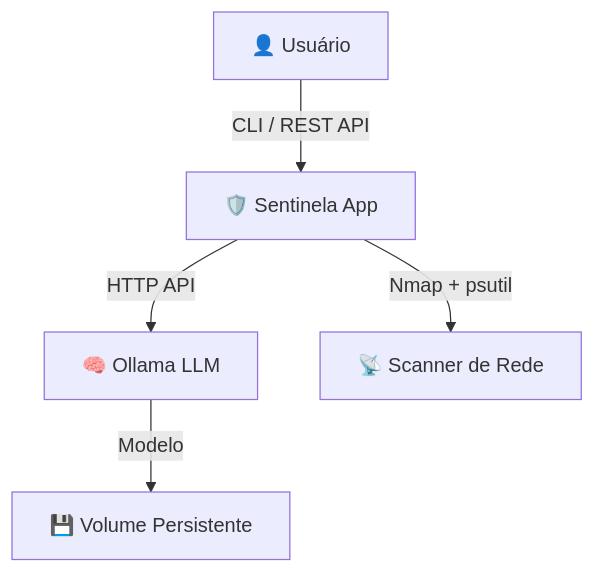
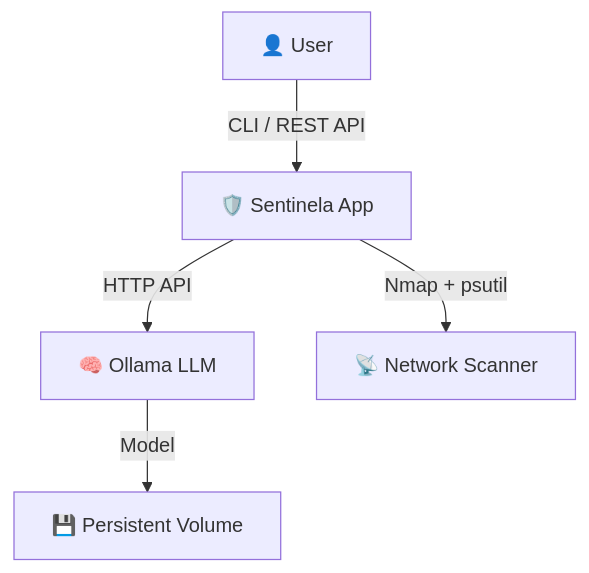
One commit to MiguelFAraujo/Sentinela changed the diagram in README.md. Above: the diagram before and after it, drawn with Mermaid. The commit also changed other lines of this file and 15 other files, not shown here.

````diff
--- a/README.md
+++ b/README.md
@@ -78,7 +78,7 @@
 ```mermaid
 graph TD
     A["🛡️ Sentinela App"] -->|HTTP API| B["🧠 Ollama LLM"]
-    A -->|"Nmap + psutil"| C["📡 Scanner de Rede"]
-    B -->|Modelo| D["💾 Volume Persistente"]
-    E["👤 Usuário"] -->|"CLI / REST API"| A
+    A -->|"Nmap + psutil"| C["📡 Network Scanner"]
+    B -->|Model| D["💾 Persistent Volume"]
+    E["👤 User"] -->|"CLI / REST API"| A
 ```
````
